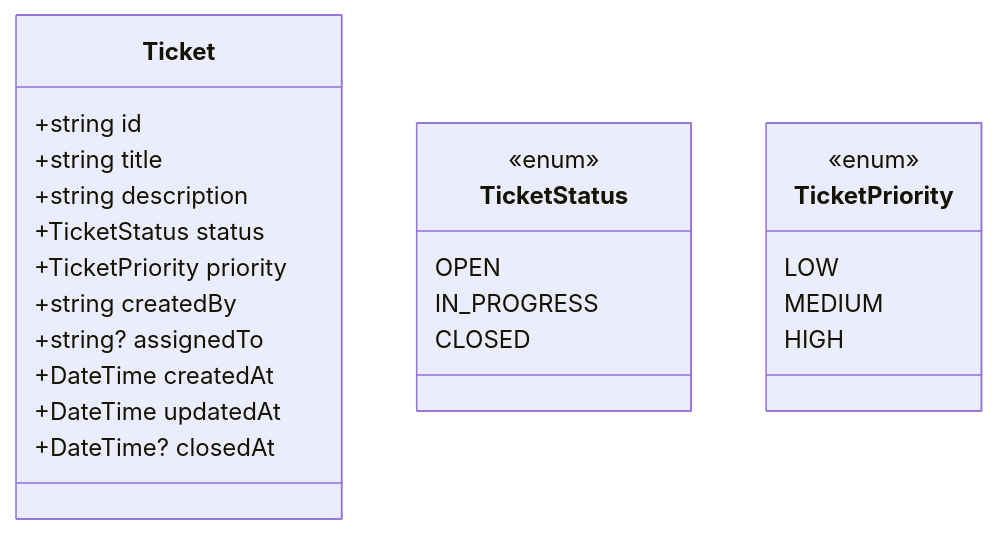
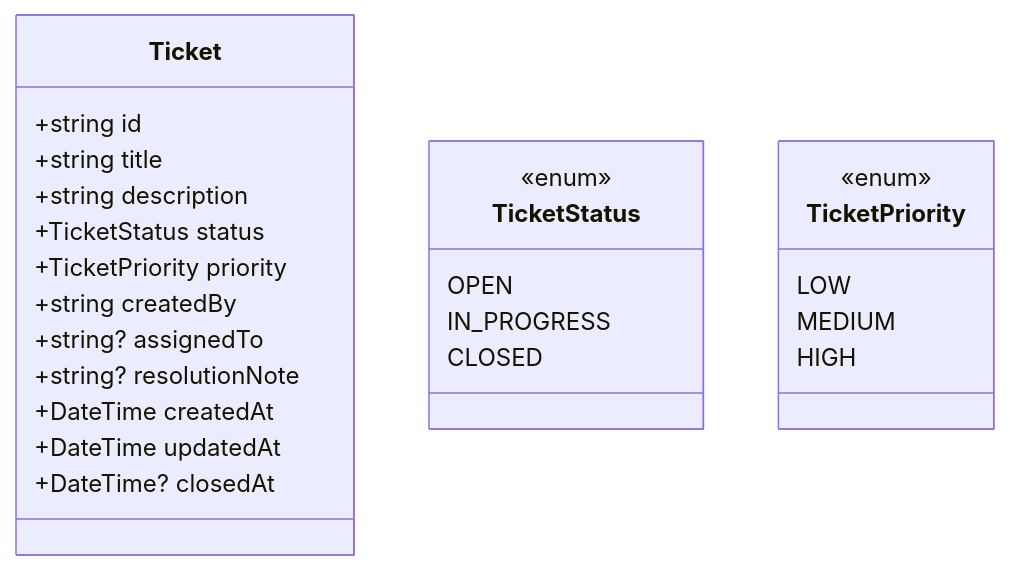
Before and after one commit to JermainIPSO/ticketing-system-weve: the fourth of 4 diagrams in docs/Report.md, drawn with Mermaid. The commit also changed other lines of this file and 7 other files, not shown here.

````diff
--- a/docs/Report.md
+++ b/docs/Report.md
@@ -138,29 +140,30 @@
 ```mermaid
 classDiagram
   class Ticket {
     +string id
     +string title
     +string description
     +TicketStatus status
     +TicketPriority priority
     +string createdBy
     +string? assignedTo
+    +string? resolutionNote
     +DateTime createdAt
     +DateTime updatedAt
     +DateTime? closedAt
   }
 
   class TicketStatus {
     <<enum>>
     OPEN
     IN_PROGRESS
     CLOSED
   }
 
   class TicketPriority {
     <<enum>>
     LOW
     MEDIUM
     HIGH
   }
 ```
````
